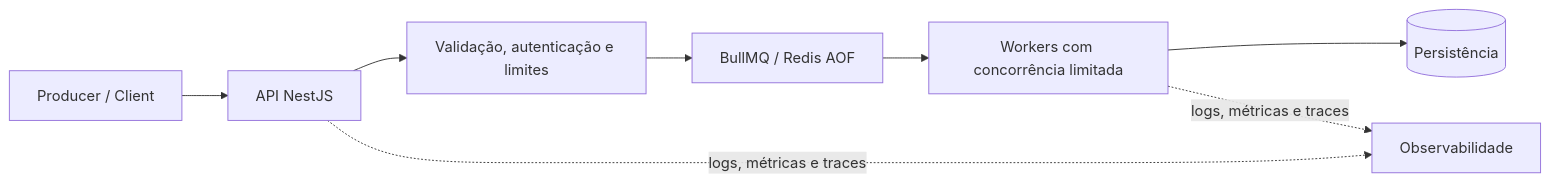
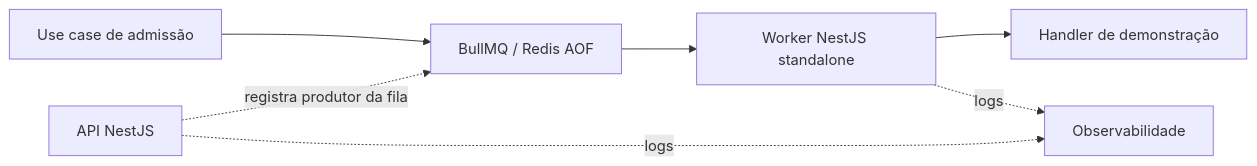
One commit to iugorsette/nestjs-event-driven-engine changed the second of 2 diagrams in docs/architecture.md. Above: the diagram before and after it, drawn with Mermaid. The commit also changed other lines of this file and 3 other files, not shown here.

````diff
--- a/docs/architecture.md
+++ b/docs/architecture.md
@@ -23,10 +23,9 @@
 ```mermaid
 flowchart LR
-  Producer[Producer / Client] --> Gateway[API NestJS]
-  Gateway --> Admission[Validação, autenticação e limites]
-  Admission --> Queue[BullMQ / Redis AOF]
-  Queue --> Worker[Workers com concorrência limitada]
-  Worker --> Store[(Persistência)]
-  Gateway -. logs, métricas e traces .-> Obs[Observabilidade]
-  Worker -. logs, métricas e traces .-> Obs
+  Admission[Use case de admissão] --> Queue[BullMQ / Redis AOF]
+  Queue --> Worker[Worker NestJS standalone]
+  Worker --> Handler[Handler de demonstração]
+  Gateway[API NestJS] -. registra produtor da fila .-> Queue
+  Gateway -. logs .-> Obs[Observabilidade]
+  Worker -. logs .-> Obs
 ```
````
